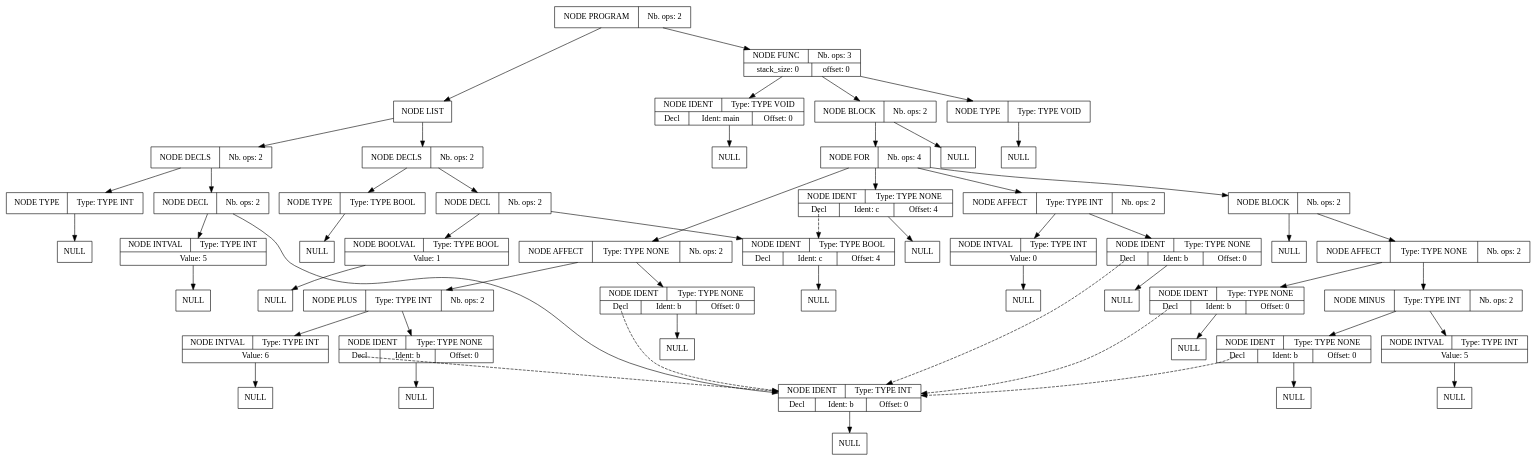
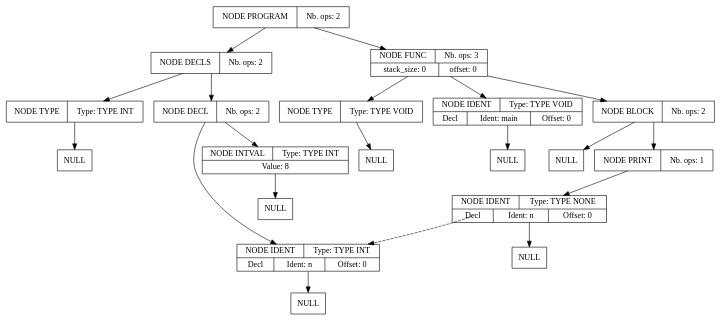
The diagram in projet_compilation_src/src/fichier_dump_fin.dot (Serial-DeV/Compilation), drawn with Graphviz before and after one commit. The commit also changed 72 other files, not shown here.

```diff
--- a/projet_compilation_src/src/fichier_dump_fin.dot
+++ b/projet_compilation_src/src/fichier_dump_fin.dot
@@ -1,165 +1,59 @@
 digraph global_vars {
     N1 [shape=record, label="{{NODE PROGRAM|Nb. ops: 2}}"];
-    N2 [shape=record, label="{{NODE LIST}}"];
-    N3 [shape=record, label="{{NODE DECLS|Nb. ops: 2}}"];
-    N4 [shape=record, label="{{NODE TYPE|Type: TYPE INT}}"];
-    N5 [shape=record, label="{{NULL}}"];
-    edge[tailclip=true];
-    N4 -> N5
+    N2 [shape=record, label="{{NODE DECLS|Nb. ops: 2}}"];
+    N3 [shape=record, label="{{NODE TYPE|Type: TYPE INT}}"];
+    N4 [shape=record, label="{{NULL}}"];
     edge[tailclip=true];
     N3 -> N4
-    N6 [shape=record, label="{{NODE DECL|Nb. ops: 2}}"];
-    N7 [shape=record, label="{{NODE IDENT|Type: TYPE INT}|{<decl>Decl      |Ident: b|Offset: 0}}"];
-    N8 [shape=record, label="{{NULL}}"];
     edge[tailclip=true];
-    N7 -> N8
+    N2 -> N3
+    N5 [shape=record, label="{{NODE DECL|Nb. ops: 2}}"];
+    N6 [shape=record, label="{{NODE IDENT|Type: TYPE INT}|{<decl>Decl      |Ident: n|Offset: 0}}"];
+    N7 [shape=record, label="{{NULL}}"];
     edge[tailclip=true];
     N6 -> N7
-    N9 [shape=record, label="{{NODE INTVAL|Type: TYPE INT}|{Value: 5}}"];
-    N10 [shape=record, label="{{NULL}}"];
     edge[tailclip=true];
-    N9 -> N10
+    N5 -> N6
+    N8 [shape=record, label="{{NODE INTVAL|Type: TYPE INT}|{Value: 8}}"];
+    N9 [shape=record, label="{{NULL}}"];
     edge[tailclip=true];
-    N6 -> N9
+    N8 -> N9
     edge[tailclip=true];
-    N3 -> N6
+    N5 -> N8
     edge[tailclip=true];
-    N2 -> N3
-    N11 [shape=record, label="{{NODE DECLS|Nb. ops: 2}}"];
-    N12 [shape=record, label="{{NODE TYPE|Type: TYPE BOOL}}"];
-    N13 [shape=record, label="{{NULL}}"];
+    N2 -> N5
     edge[tailclip=true];
-    N12 -> N13
+    N1 -> N2
+    N10 [shape=record, label="{{NODE FUNC|Nb. ops: 3}|{stack_size: 0|offset: 0}}"];
+    N11 [shape=record, label="{{NODE TYPE|Type: TYPE VOID}}"];
+    N12 [shape=record, label="{{NULL}}"];
     edge[tailclip=true];
     N11 -> N12
-    N14 [shape=record, label="{{NODE DECL|Nb. ops: 2}}"];
-    N15 [shape=record, label="{{NODE IDENT|Type: TYPE BOOL}|{<decl>Decl      |Ident: c|Offset: 4}}"];
+    edge[tailclip=true];
+    N10 -> N11
+    N13 [shape=record, label="{{NODE IDENT|Type: TYPE VOID}|{<decl>Decl      |Ident: main|Offset: 0}}"];
+    N14 [shape=record, label="{{NULL}}"];
+    edge[tailclip=true];
+    N13 -> N14
+    edge[tailclip=true];
+    N10 -> N13
+    N15 [shape=record, label="{{NODE BLOCK|Nb. ops: 2}}"];
     N16 [shape=record, label="{{NULL}}"];
     edge[tailclip=true];
     N15 -> N16
+    N17 [shape=record, label="{{NODE PRINT|Nb. ops: 1}}"];
+    N18 [shape=record, label="{{NODE IDENT|Type: TYPE NONE}|{<decl>Decl      |Ident: n|Offset: 0}}"];
+    edge[tailclip=false];
+    "N18":decl:c -> "N6" [style=dashed]
+    N19 [shape=record, label="{{NULL}}"];
     edge[tailclip=true];
-    N14 -> N15
-    N17 [shape=record, label="{{NODE BOOLVAL|Type: TYPE BOOL}|{Value: 1}}"];
-    N18 [shape=record, label="{{NULL}}"];
+    N18 -> N19
     edge[tailclip=true];
     N17 -> N18
     edge[tailclip=true];
-    N14 -> N17
+    N15 -> N17
     edge[tailclip=true];
-    N11 -> N14
+    N10 -> N15
     edge[tailclip=true];
-    N2 -> N11
-    edge[tailclip=true];
-    N1 -> N2
-    N19 [shape=record, label="{{NODE FUNC|Nb. ops: 3}|{stack_size: 0|offset: 0}}"];
-    N20 [shape=record, label="{{NODE TYPE|Type: TYPE VOID}}"];
-    N21 [shape=record, label="{{NULL}}"];
-    edge[tailclip=true];
-    N20 -> N21
-    edge[tailclip=true];
-    N19 -> N20
-    N22 [shape=record, label="{{NODE IDENT|Type: TYPE VOID}|{<decl>Decl      |Ident: main|Offset: 0}}"];
-    N23 [shape=record, label="{{NULL}}"];
-    edge[tailclip=true];
-    N22 -> N23
-    edge[tailclip=true];
-    N19 -> N22
-    N24 [shape=record, label="{{NODE BLOCK|Nb. ops: 2}}"];
-    N25 [shape=record, label="{{NULL}}"];
-    edge[tailclip=true];
-    N24 -> N25
-    N26 [shape=record, label="{{NODE FOR|Nb. ops: 4}}"];
-    N27 [shape=record, label="{{NODE AFFECT|Type: TYPE INT|Nb. ops: 2}}"];
-    N28 [shape=record, label="{{NODE IDENT|Type: TYPE NONE}|{<decl>Decl      |Ident: b|Offset: 0}}"];
-    edge[tailclip=false];
-    "N28":decl:c -> "N7" [style=dashed]
-    N29 [shape=record, label="{{NULL}}"];
-    edge[tailclip=true];
-    N28 -> N29
-    edge[tailclip=true];
-    N27 -> N28
-    N30 [shape=record, label="{{NODE INTVAL|Type: TYPE INT}|{Value: 0}}"];
-    N31 [shape=record, label="{{NULL}}"];
-    edge[tailclip=true];
-    N30 -> N31
-    edge[tailclip=true];
-    N27 -> N30
-    edge[tailclip=true];
-    N26 -> N27
-    N32 [shape=record, label="{{NODE IDENT|Type: TYPE NONE}|{<decl>Decl      |Ident: c|Offset: 4}}"];
-    edge[tailclip=false];
-    "N32":decl:c -> "N15" [style=dashed]
-    N33 [shape=record, label="{{NULL}}"];
-    edge[tailclip=true];
-    N32 -> N33
-    edge[tailclip=true];
-    N26 -> N32
-    N34 [shape=record, label="{{NODE AFFECT|Type: TYPE NONE|Nb. ops: 2}}"];
-    N35 [shape=record, label="{{NODE IDENT|Type: TYPE NONE}|{<decl>Decl      |Ident: b|Offset: 0}}"];
-    edge[tailclip=false];
-    "N35":decl:c -> "N7" [style=dashed]
-    N36 [shape=record, label="{{NULL}}"];
-    edge[tailclip=true];
-    N35 -> N36
-    edge[tailclip=true];
-    N34 -> N35
-    N37 [shape=record, label="{{NODE PLUS|Type: TYPE INT|Nb. ops: 2}}"];
-    N38 [shape=record, label="{{NODE IDENT|Type: TYPE NONE}|{<decl>Decl      |Ident: b|Offset: 0}}"];
-    edge[tailclip=false];
-    "N38":decl:c -> "N7" [style=dashed]
-    N39 [shape=record, label="{{NULL}}"];
-    edge[tailclip=true];
-    N38 -> N39
-    edge[tailclip=true];
-    N37 -> N38
-    N40 [shape=record, label="{{NODE INTVAL|Type: TYPE INT}|{Value: 6}}"];
-    N41 [shape=record, label="{{NULL}}"];
-    edge[tailclip=true];
-    N40 -> N41
-    edge[tailclip=true];
-    N37 -> N40
-    edge[tailclip=true];
-    N34 -> N37
-    edge[tailclip=true];
-    N26 -> N34
-    N42 [shape=record, label="{{NODE BLOCK|Nb. ops: 2}}"];
-    N43 [shape=record, label="{{NULL}}"];
-    edge[tailclip=true];
-    N42 -> N43
-    N44 [shape=record, label="{{NODE AFFECT|Type: TYPE NONE|Nb. ops: 2}}"];
-    N45 [shape=record, label="{{NODE IDENT|Type: TYPE NONE}|{<decl>Decl      |Ident: b|Offset: 0}}"];
-    edge[tailclip=false];
-    "N45":decl:c -> "N7" [style=dashed]
-    N46 [shape=record, label="{{NULL}}"];
-    edge[tailclip=true];
-    N45 -> N46
-    edge[tailclip=true];
-    N44 -> N45
-    N47 [shape=record, label="{{NODE MINUS|Type: TYPE INT|Nb. ops: 2}}"];
-    N48 [shape=record, label="{{NODE IDENT|Type: TYPE NONE}|{<decl>Decl      |Ident: b|Offset: 0}}"];
-    edge[tailclip=false];
-    "N48":decl:c -> "N7" [style=dashed]
-    N49 [shape=record, label="{{NULL}}"];
-    edge[tailclip=true];
-    N48 -> N49
-    edge[tailclip=true];
-    N47 -> N48
-    N50 [shape=record, label="{{NODE INTVAL|Type: TYPE INT}|{Value: 5}}"];
-    N51 [shape=record, label="{{NULL}}"];
-    edge[tailclip=true];
-    N50 -> N51
-    edge[tailclip=true];
-    N47 -> N50
-    edge[tailclip=true];
-    N44 -> N47
-    edge[tailclip=true];
-    N42 -> N44
-    edge[tailclip=true];
-    N26 -> N42
-    edge[tailclip=true];
-    N24 -> N26
-    edge[tailclip=true];
-    N19 -> N24
-    edge[tailclip=true];
-    N1 -> N19
+    N1 -> N10
 }
```
